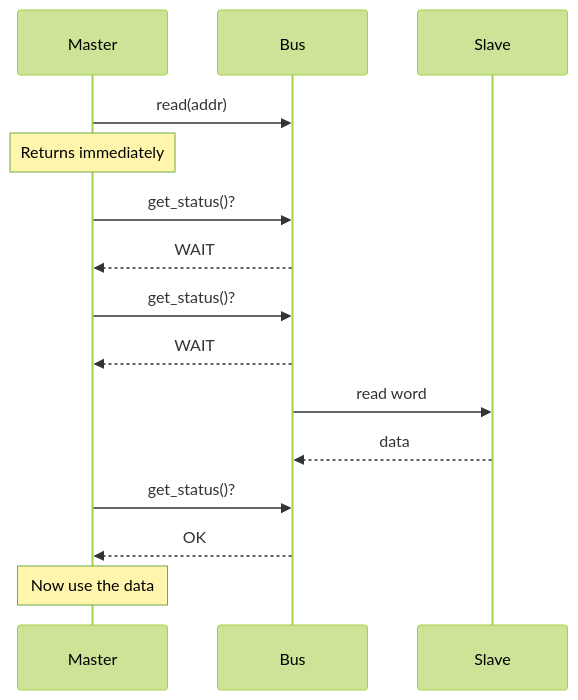
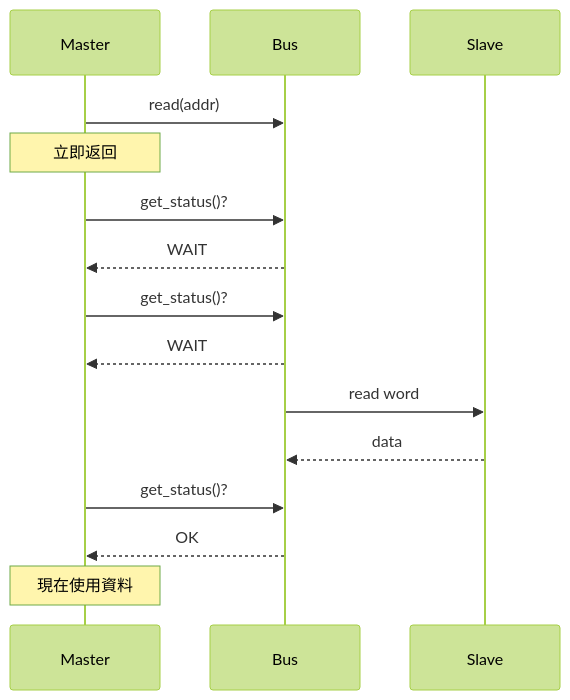
One commit to abc1199281lab-cmd/systemc_notes changed the fifth of 8 diagrams in doc_v2/examples/code/sysc/simple_bus/spec.md. Above: the diagram before and after it, drawn with Mermaid (forest theme). The commit also changed other lines of this file and 8 other files, not shown here.

````diff
--- a/doc_v2/examples/code/sysc/simple_bus/spec.md
+++ b/doc_v2/examples/code/sysc/simple_bus/spec.md
@@ -136,18 +136,18 @@
 ```mermaid
 sequenceDiagram
     participant M as Master
     participant B as Bus
     participant S as Slave
 
     M->>B: read(addr)
-    Note over M: Returns immediately
+    Note over M: 立即返回
     M->>B: get_status()?
     B-->>M: WAIT
     M->>B: get_status()?
     B-->>M: WAIT
     B->>S: read word
     S-->>B: data
     M->>B: get_status()?
     B-->>M: OK
-    Note over M: Now use the data
+    Note over M: 現在使用資料
 ```
````
